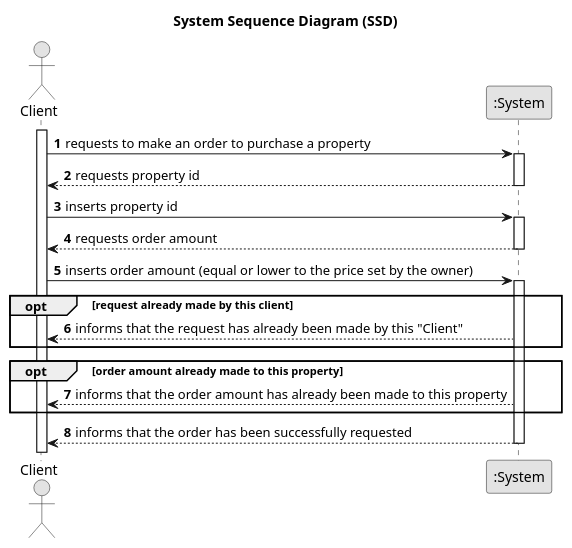
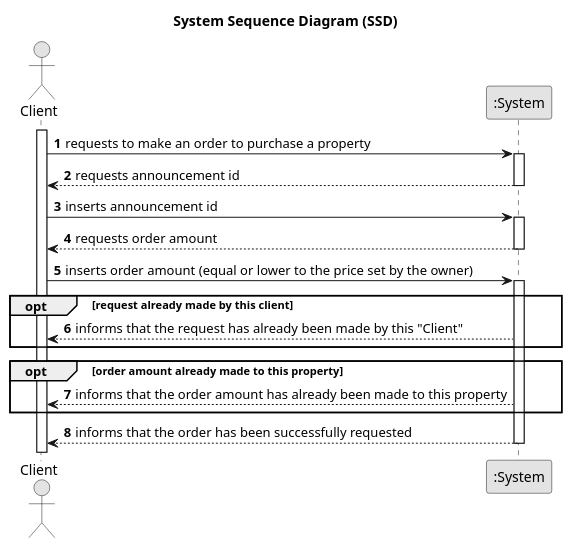
Before and after one commit to Goncalves2525/real-estate-management-system: the diagram in docs/sprintC/us010/01.requirements-engineering/puml/us010-system-sequence-diagram.puml, drawn with PlantUML. The commit also changed 8 other files, not shown here.

```diff
--- a/docs/sprintC/us010/01.requirements-engineering/puml/us010-system-sequence-diagram.puml
+++ b/docs/sprintC/us010/01.requirements-engineering/puml/us010-system-sequence-diagram.puml
@@ -1,43 +1,43 @@
 @startuml
 skinparam monochrome true
 skinparam packageStyle rectangle
 skinparam shadowing false
 
 title System Sequence Diagram (SSD)
 
 autonumber
 
 actor "Client" as Client
 participant ":System" as System
 
 activate Client
 
     Client -> System : requests to make an order to purchase a property
     activate System
 
-    System --> Client : requests property id
+    System --> Client : requests announcement id
     deactivate System
 
-    Client -> System : inserts property id
+    Client -> System : inserts announcement id
     activate System
 
     System --> Client : requests order amount
     deactivate System
 
     Client -> System : inserts order amount (equal or lower to the price set by the owner)
     activate System
 
     opt request already made by this client
            System --> Client : informs that the request has already been made by this "Client"
     end
 
     opt order amount already made to this property
            System --> Client : informs that the order amount has already been made to this property
     end
 
     System --> Client : informs that the order has been successfully requested
     deactivate System
 
 
 
 @enduml
```
